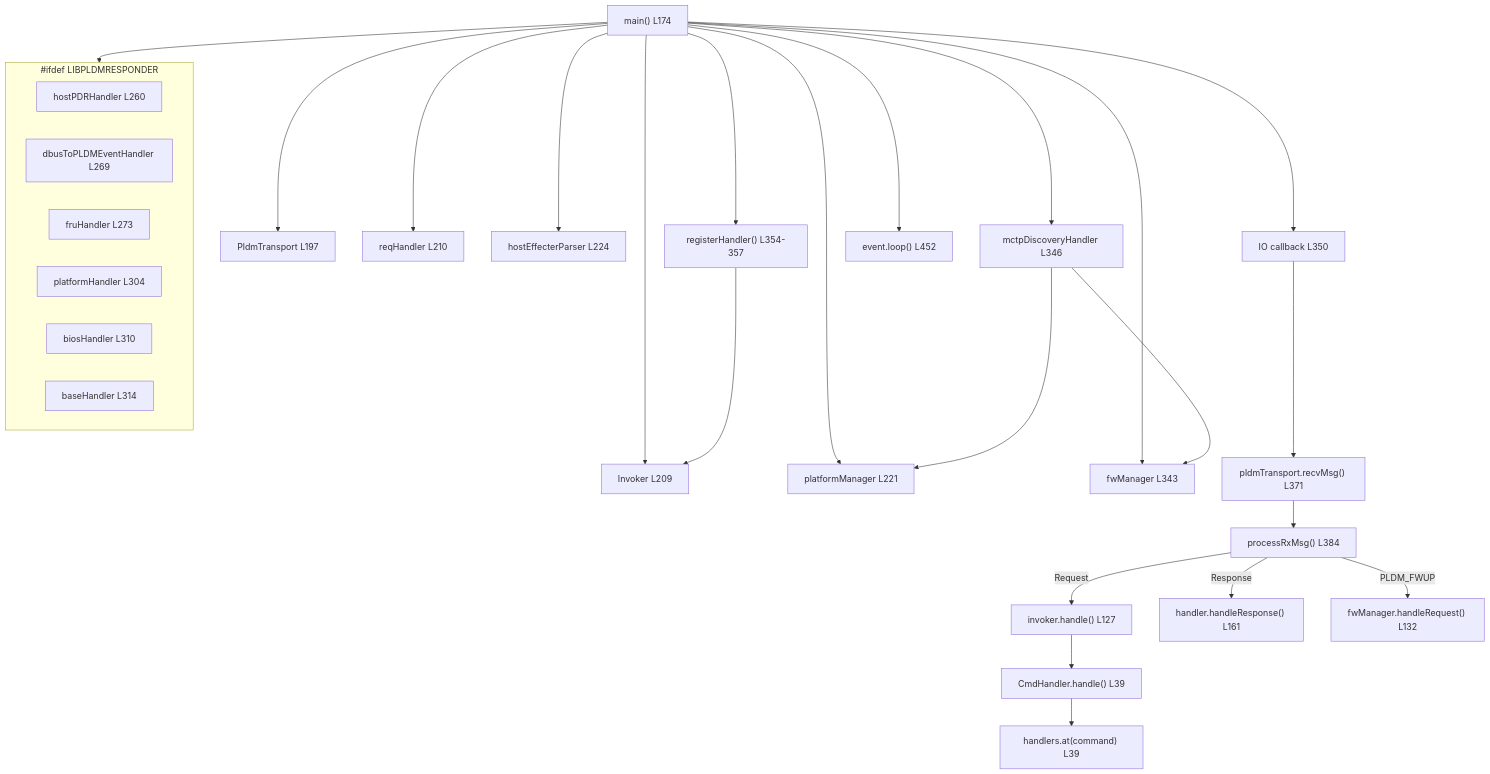
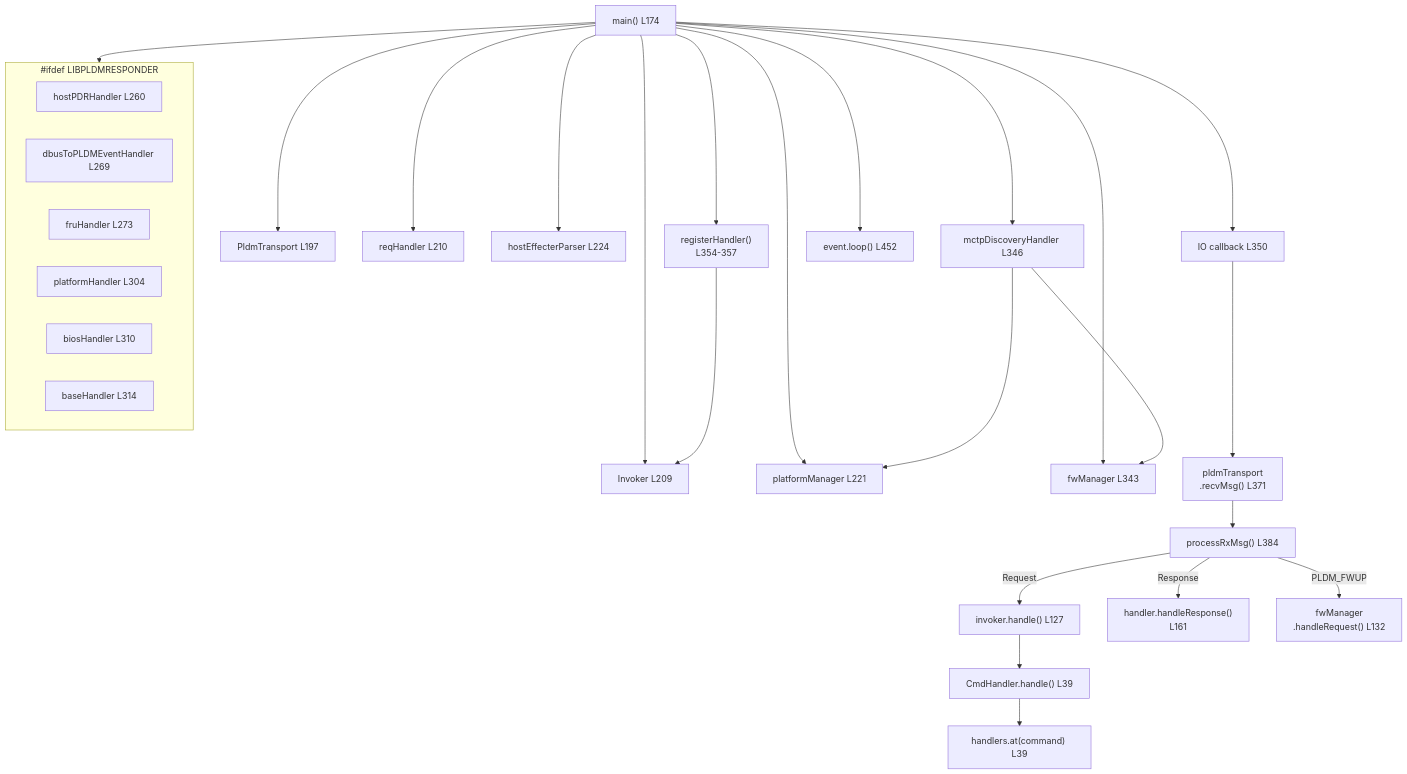
Before and after one commit to chilung-cgu/bmc-firmware-knowledge-base: the first of 5 diagrams in pldm/SourceCodeWalkthrough.md, drawn with Mermaid. The commit also changed other lines of this file and 18 other files, not shown here.

First line of the commit message:
docs(pldm): 批量優化 Mermaid 流程圖排版解決文字截斷問題

````diff
--- a/pldm/SourceCodeWalkthrough.md
+++ b/pldm/SourceCodeWalkthrough.md
@@ -81,40 +81,40 @@
 ```mermaid
 flowchart TD
     A["main() L174"] --> B["PldmTransport L197"]
     A --> C["Invoker L209"]
     A --> D["reqHandler L210"]
     A --> E["platformManager L221"]
     A --> F["hostEffecterParser L224"]
 
     subgraph LIBPLDMRESPONDER["#ifdef LIBPLDMRESPONDER"]
         G["hostPDRHandler L260"]
         H["dbusToPLDMEventHandler L269"]
         I["fruHandler L273"]
         J["platformHandler L304"]
         K["biosHandler L310"]
         L["baseHandler L314"]
     end
     A --> LIBPLDMRESPONDER
 
-    A --> M["registerHandler() L354-357"]
+    A --> M["registerHandler()<br>L354-357"]
     M --> C
 
     A --> N["fwManager L343"]
     A --> O["mctpDiscoveryHandler L346"]
     O --> N
     O --> E
 
     A --> P["IO callback L350"]
-    P --> Q["pldmTransport.recvMsg() L371"]
+    P --> Q["pldmTransport<br>.recvMsg() L371"]
     Q --> R["processRxMsg() L384"]
 
     R --> |"Request"| S["invoker.handle() L127"]
     S --> T["CmdHandler.handle() L39"]
     T --> U["handlers.at(command) L39"]
 
-    R --> |"Response"| V["handler.handleResponse() L161"]
+    R --> |"Response"| V["handler.handleResponse()<br>L161"]
 
-    R --> |"PLDM_FWUP"| W["fwManager.handleRequest() L132"]
+    R --> |"PLDM_FWUP"| W["fwManager<br>.handleRequest() L132"]
 
     A --> X["event.loop() L452"]
 ```
````
